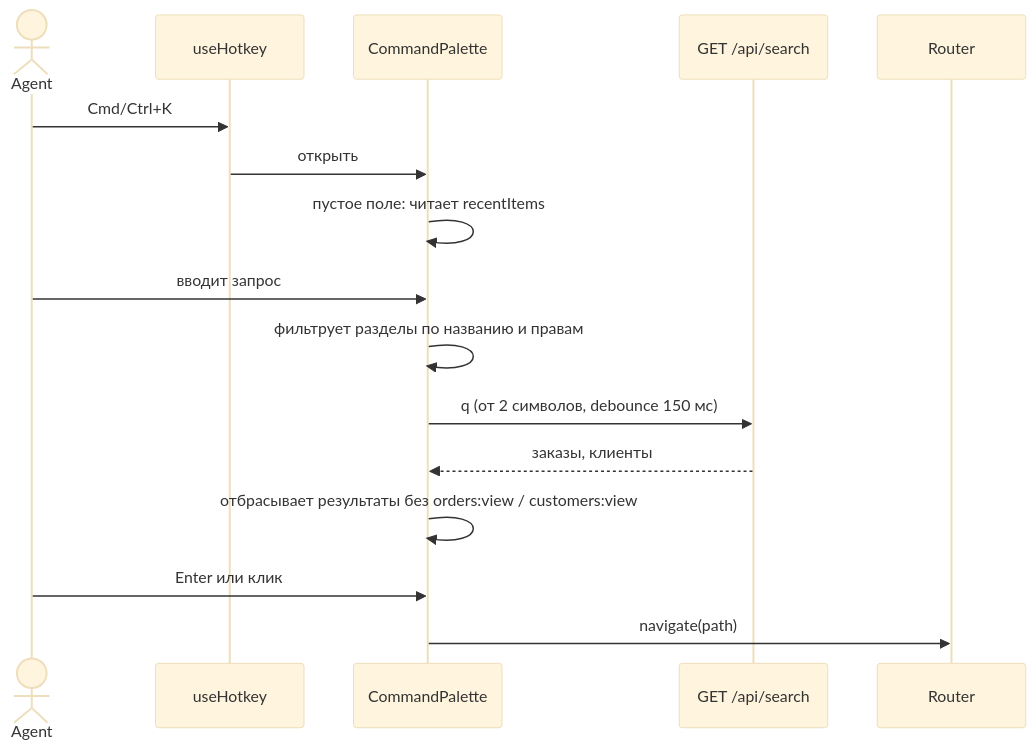
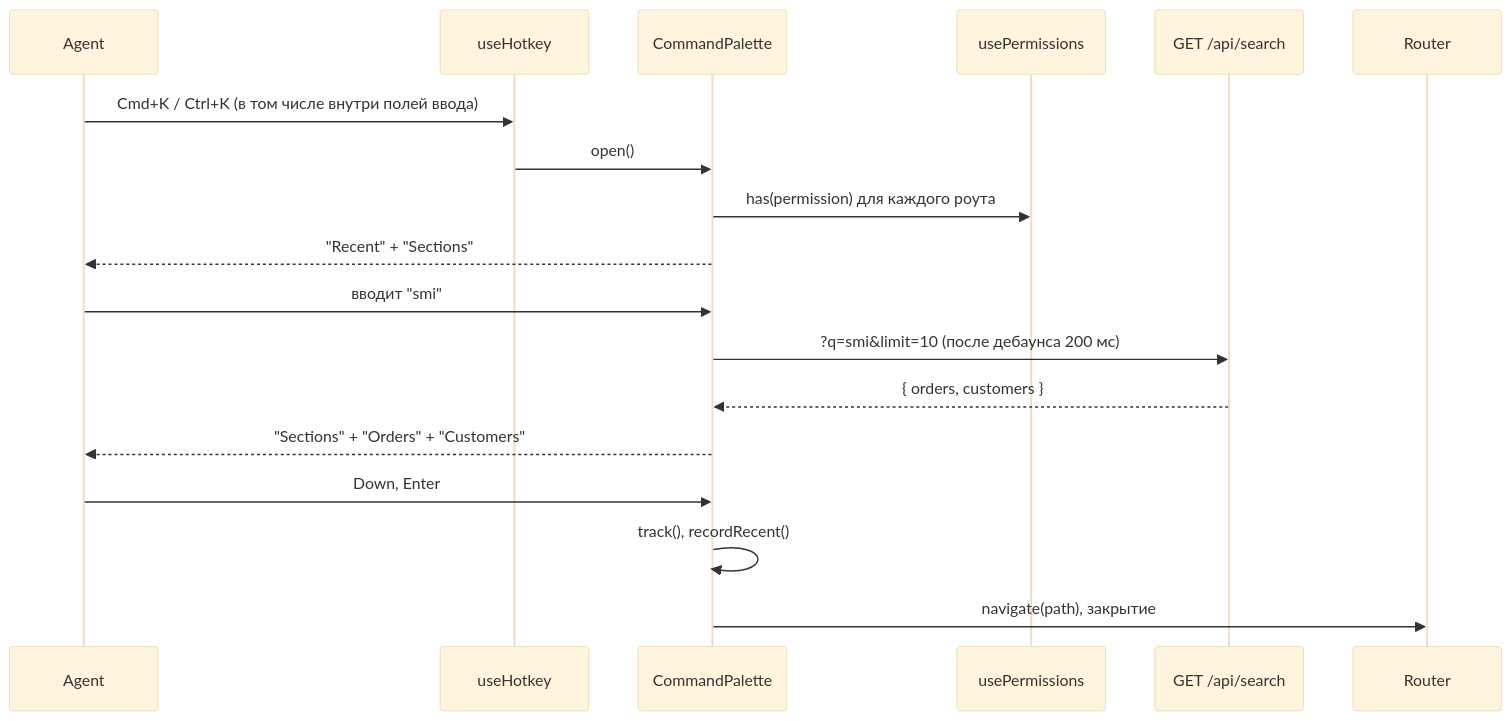
The diagram in playground/app/docs/features/command-palette/ru/spec.md (fedorovsky/docs), drawn with Mermaid (base theme) before and after one commit. The commit also changed other lines of this file and 11 other files, not shown here.

````diff
--- a/playground/app/docs/features/command-palette/ru/spec.md
+++ b/playground/app/docs/features/command-palette/ru/spec.md
@@ -38,18 +38,20 @@
 ```mermaid
 sequenceDiagram
-  actor Agent
-  participant Hotkey as useHotkey
-  participant Palette as CommandPalette
-  participant Search as GET /api/search
+  participant Agent
+  participant useHotkey
+  participant CommandPalette
+  participant usePermissions
+  participant API as GET /api/search
   participant Router
-  Agent->>Hotkey: Cmd/Ctrl+K
-  Hotkey->>Palette: открыть
-  Palette->>Palette: пустое поле: читает recentItems
-  Agent->>Palette: вводит запрос
-  Palette->>Palette: фильтрует разделы по названию и правам
-  Palette->>Search: q (от 2 символов, debounce 150 мс)
-  Search-->>Palette: заказы, клиенты
-  Palette->>Palette: отбрасывает результаты без orders:view / customers:view
-  Agent->>Palette: Enter или клик
-  Palette->>Router: navigate(path)
+  Agent->>useHotkey: Cmd+K / Ctrl+K (в том числе внутри полей ввода)
+  useHotkey->>CommandPalette: open()
+  CommandPalette->>usePermissions: has(permission) для каждого роута
+  CommandPalette-->>Agent: "Recent" + "Sections"
+  Agent->>CommandPalette: вводит "smi"
+  CommandPalette->>API: ?q=smi&limit=10 (после дебаунса 200 мс)
+  API-->>CommandPalette: { orders, customers }
+  CommandPalette-->>Agent: "Sections" + "Orders" + "Customers"
+  Agent->>CommandPalette: Down, Enter
+  CommandPalette->>CommandPalette: track(), recordRecent()
+  CommandPalette->>Router: navigate(path), закрытие
 ```
````
